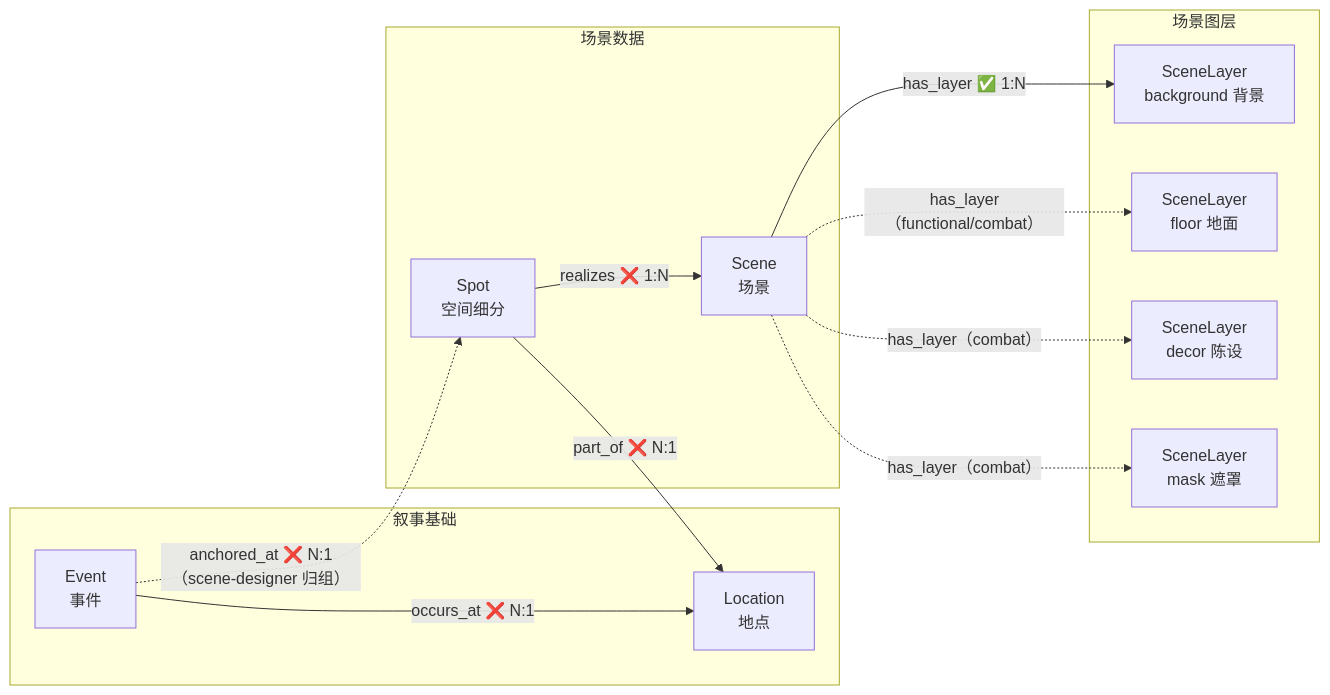
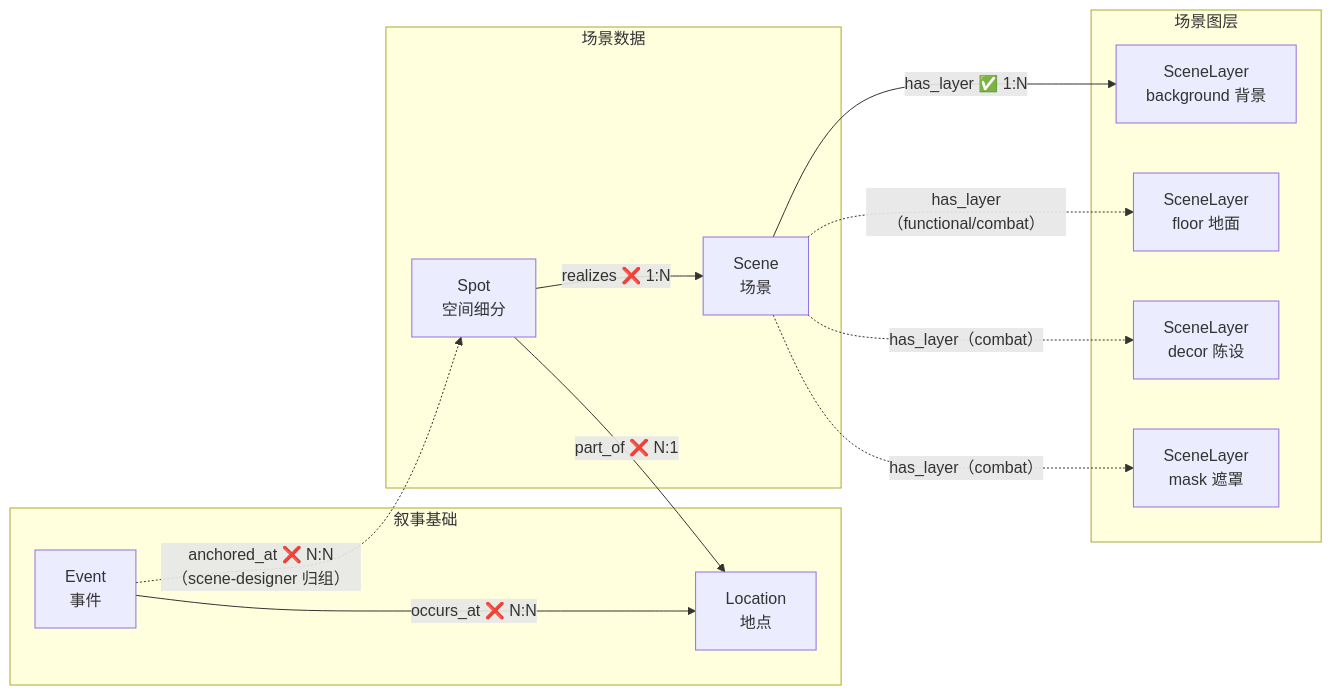
Before and after one commit to CrazyJinn/ProxyLove: the diagram in 00_init/Schema/场景美术.md, drawn with Mermaid. The commit also changed other lines of this file and 70 other files, not shown here.

````diff
--- a/00_init/Schema/场景美术.md
+++ b/00_init/Schema/场景美术.md
@@ -138,28 +138,28 @@
 ```mermaid
 flowchart LR
     subgraph 叙事["叙事基础"]
         Event["Event<br/>事件"]
         Location["Location<br/>地点"]
     end
 
     subgraph 场景数据["场景数据"]
         Spot["Spot<br/>空间细分"]
         Scene["Scene<br/>场景"]
     end
 
     subgraph 场景生产["场景图层"]
         Bg["SceneLayer<br/>background 背景"]
         Floor["SceneLayer<br/>floor 地面"]
         Decor["SceneLayer<br/>decor 陈设"]
         Mask["SceneLayer<br/>mask 遮罩"]
     end
 
-    Event -->|"occurs_at ❌ N:1"| Location
-    Event -.->|"anchored_at ❌ N:1（scene-designer 归组）"| Spot
+    Event -->|"occurs_at ❌ N:N"| Location
+    Event -.->|"anchored_at ❌ N:N（scene-designer 归组）"| Spot
     Spot -->|"part_of ❌ N:1"| Location
     Spot -->|"realizes ❌ 1:N"| Scene
     Scene -->|"has_layer ✅ 1:N"| Bg
     Scene -.->|"has_layer（functional/combat）"| Floor
     Scene -.->|"has_layer（combat）"| Decor
     Scene -.->|"has_layer（combat）"| Mask
 ```
````
